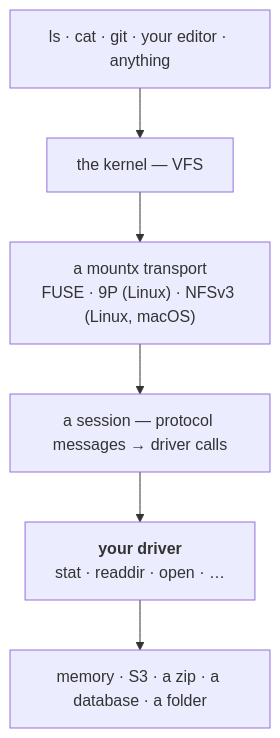
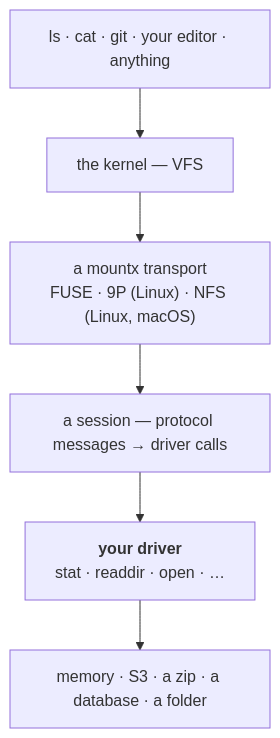
The diagram in docs/1.guide/0.index.md (pithings/mountx), drawn with Mermaid before and after one commit. The commit also changed other lines of this file and 58 other files, not shown here.

First line of the commit message:
feat(nfs): NFSv4.1 alongside NFSv3 (#7)

````diff
--- a/docs/1.guide/0.index.md
+++ b/docs/1.guide/0.index.md
@@ -36,14 +36,14 @@
 ```mermaid
 graph TB
   progs["ls · cat · git · your editor · anything"]
   kernel["the kernel — VFS"]
-  transport["a mountx transport<br/>FUSE · 9P (Linux) · NFSv3 (Linux, macOS)"]
+  transport["a mountx transport<br/>FUSE · 9P (Linux) · NFS (Linux, macOS)"]
   session["a session — protocol messages → driver calls"]
   driver["<b>your driver</b><br/>stat · readdir · open · …"]
   store["memory · S3 · a zip · a database · a folder"]
   progs --> kernel
   kernel --> transport
   transport --> session
   session --> driver
   driver --> store
 ```
````
